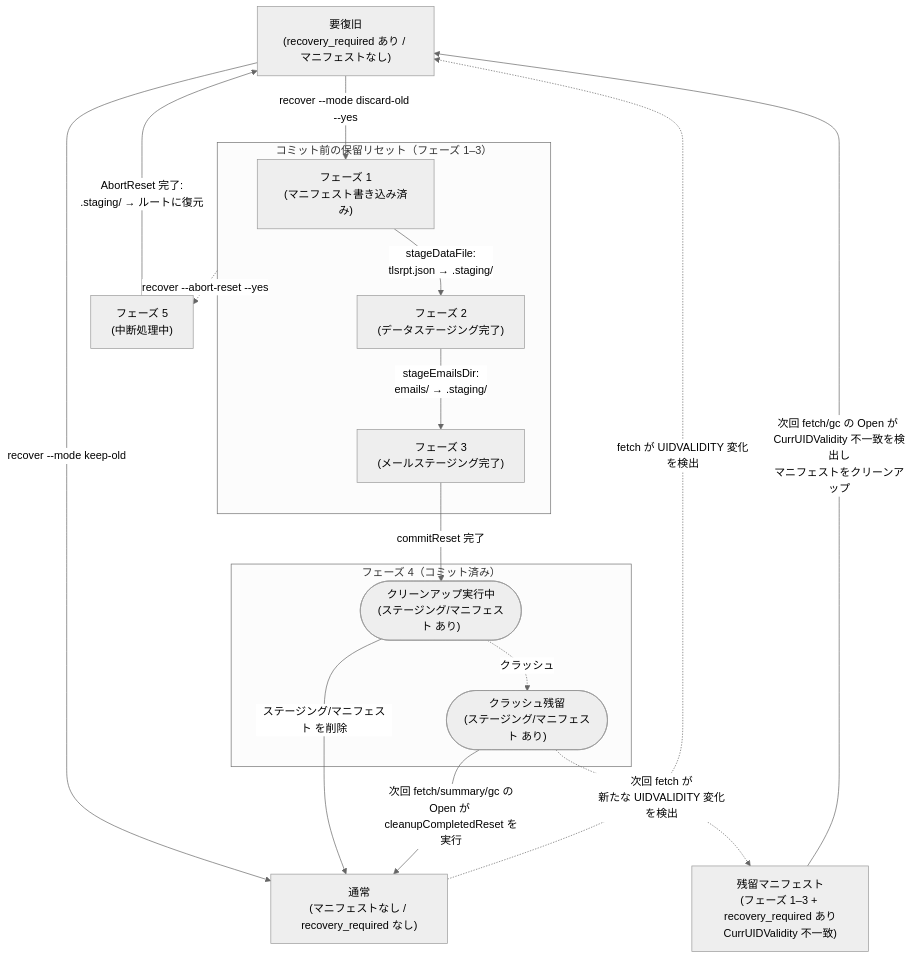
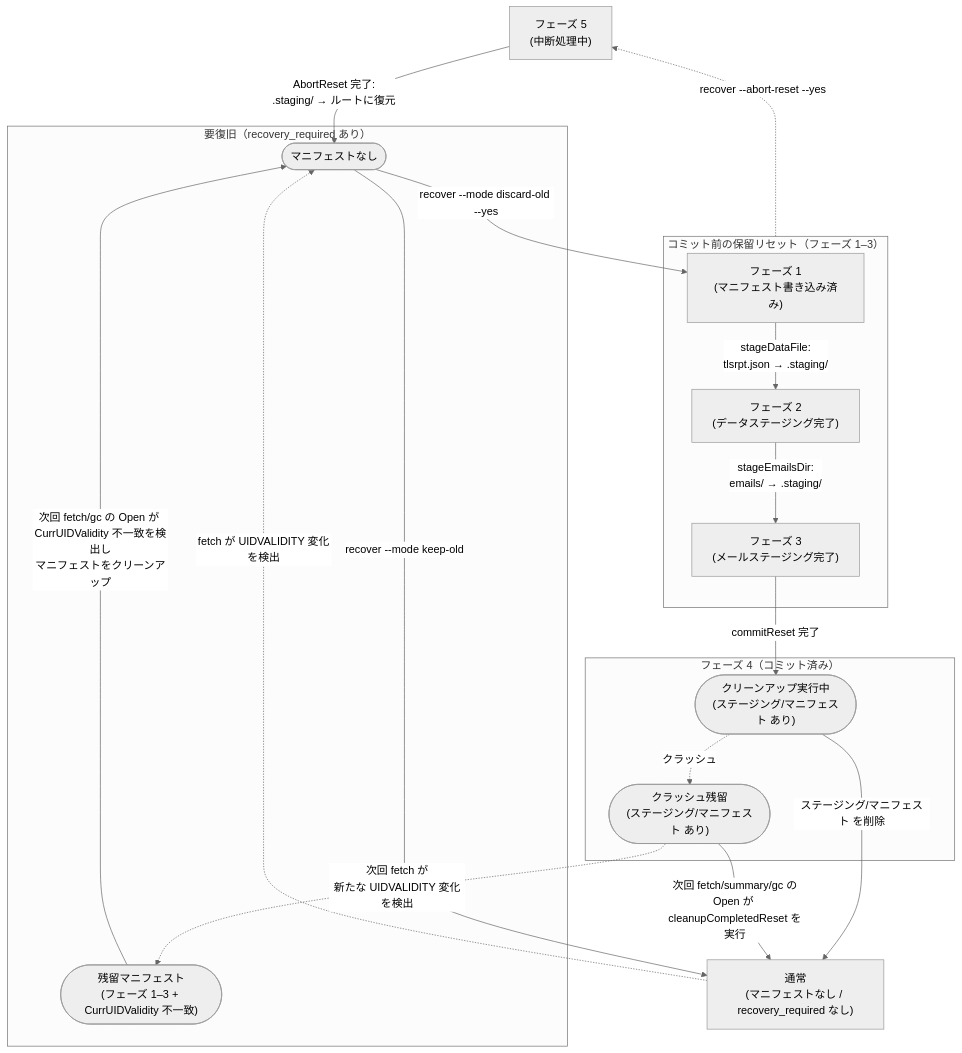
One commit to isseis/tlsrpt-digest changed the diagram in docs/dev/adr/0003_reset_phase_design.ja.md. Above: the diagram before and after it, drawn with Mermaid (neutral theme). The commit also changed other lines of this file, not shown here.

Commit message:
docs(adr): group RR and StaleM into RecoveryReq subgraph in ADR-0003
Wrap 要復旧 (RR) and 残留マニフェスト (StaleM) in a shared
「要復旧（recovery_required あり）」subgraph to clarify that both
states share the same sentinel condition. Both nodes are rendered as
stadium shapes consistent with Phase4's P4a/P4b convention.

Also simplify node labels (remove redundant「recovery_required あり」)
and update the legend: stadium shape now means「サブグラフ内の亜状態」.

````diff
--- a/docs/dev/adr/0003_reset_phase_design.ja.md
+++ b/docs/dev/adr/0003_reset_phase_design.ja.md
@@ -89,33 +89,36 @@
 ```mermaid
 flowchart TD
-    RR["要復旧<br>(recovery_required あり / マニフェストなし)"]
     P5["フェーズ 5<br>(中断処理中)"]
+
+    subgraph RecoveryReq["要復旧（recovery_required あり）"]
+        RR(["マニフェストなし"])
+        StaleM(["残留マニフェスト<br>(フェーズ 1–3 + CurrUIDValidity 不一致)"])
+    end
 
     subgraph PendingReset["コミット前の保留リセット（フェーズ 1–3）"]
         P1["フェーズ 1<br>(マニフェスト書き込み済み)"]
         P2["フェーズ 2<br>(データステージング完了)"]
         P3["フェーズ 3<br>(メールステージング完了)"]
     end
 
     subgraph Phase4["フェーズ 4（コミット済み）"]
         P4a(["クリーンアップ実行中<br>(ステージング/マニフェスト あり)"])
         P4b(["クラッシュ残留<br>(ステージング/マニフェスト あり)"])
     end
 
-    StaleM["残留マニフェスト<br>(フェーズ 1–3 + recovery_required あり<br>CurrUIDValidity 不一致)"]
     Normal["通常<br>(マニフェストなし / recovery_required なし)"]
 
     RR -->|"recover --mode keep-old"| Normal
     RR -->|"recover --mode discard-old --yes"| P1
     P1 -->|"stageDataFile:<br>tlsrpt.json → .staging/"| P2
     P2 -->|"stageEmailsDir:<br>emails/ → .staging/"| P3
     P3 -->|"commitReset 完了"| P4a
     P4a -->|"ステージング/マニフェスト を削除"| Normal
     P4a -.->|"クラッシュ"| P4b
     P4b -->|"次回 fetch/summary/gc の<br>Open が cleanupCompletedReset を実行"| Normal
     P4b -.->|"次回 fetch が<br>新たな UIDVALIDITY 変化を検出"| StaleM
     StaleM -->|"次回 fetch/gc の Open が CurrUIDValidity 不一致を検出し<br>マニフェストをクリーンアップ"| RR
     PendingReset -.->|"recover --abort-reset --yes"| P5
     P5 -->|"AbortReset 完了:<br>.staging/ → ルートに復元"| RR
     Normal -.->|"fetch が UIDVALIDITY 変化を検出"| RR
 ```
````
